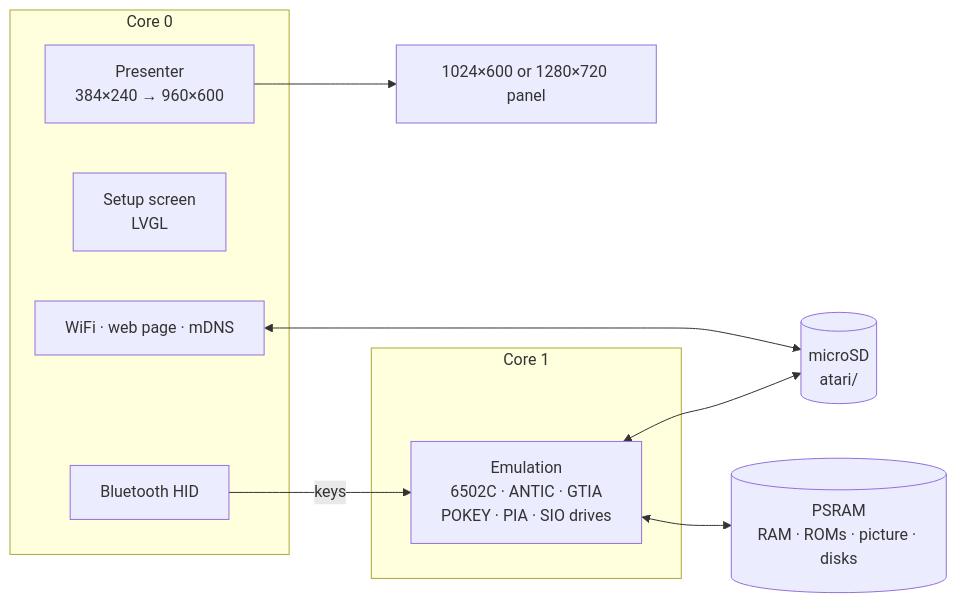
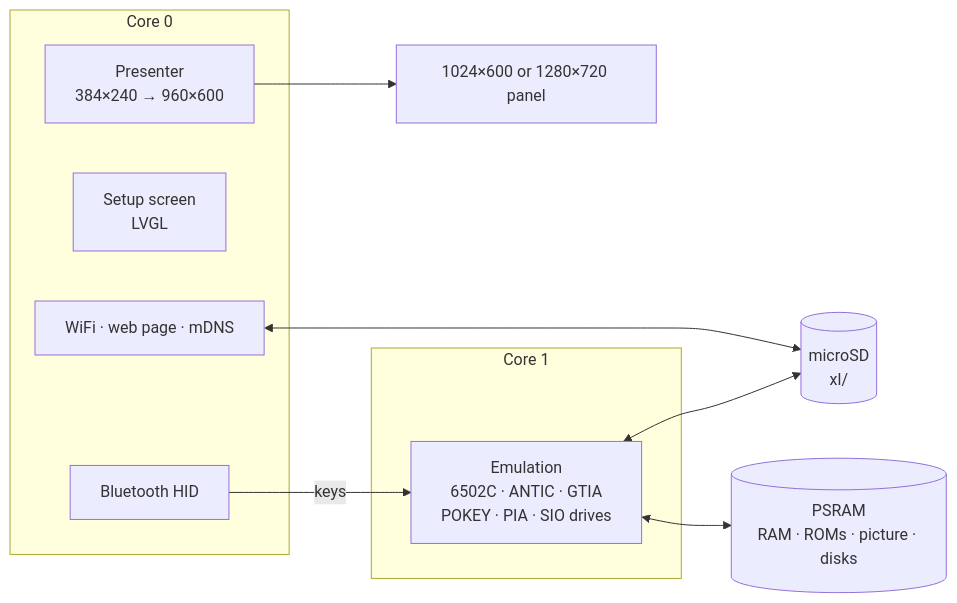
The diagram in README.md (rlucencic/esp32xl), drawn with Mermaid before and after one commit. The commit also changed other lines of this file and 5 other files, not shown here.

````diff
--- a/README.md
+++ b/README.md
@@ -207,19 +209,19 @@
 ```mermaid
 flowchart LR
   subgraph core1 [Core 1]
     EMU["Emulation<br>6502C · ANTIC · GTIA<br>POKEY · PIA · SIO drives"]
   end
   subgraph core0 [Core 0]
     PRES[Presenter<br>384×240 → 960×600]
     UI[Setup screen<br>LVGL]
     NET[WiFi · web page · mDNS]
     BLE[Bluetooth HID]
   end
   PSRAM[(PSRAM<br>RAM · ROMs · picture · disks)]
-  SD[(microSD<br>atari/)]
+  SD[(microSD<br>xl/)]
   EMU <--> PSRAM
   PRES --> LCD[1024×600 or 1280×720 panel]
   BLE -- keys --> EMU
   EMU <--> SD
   NET <--> SD
 ```
````
